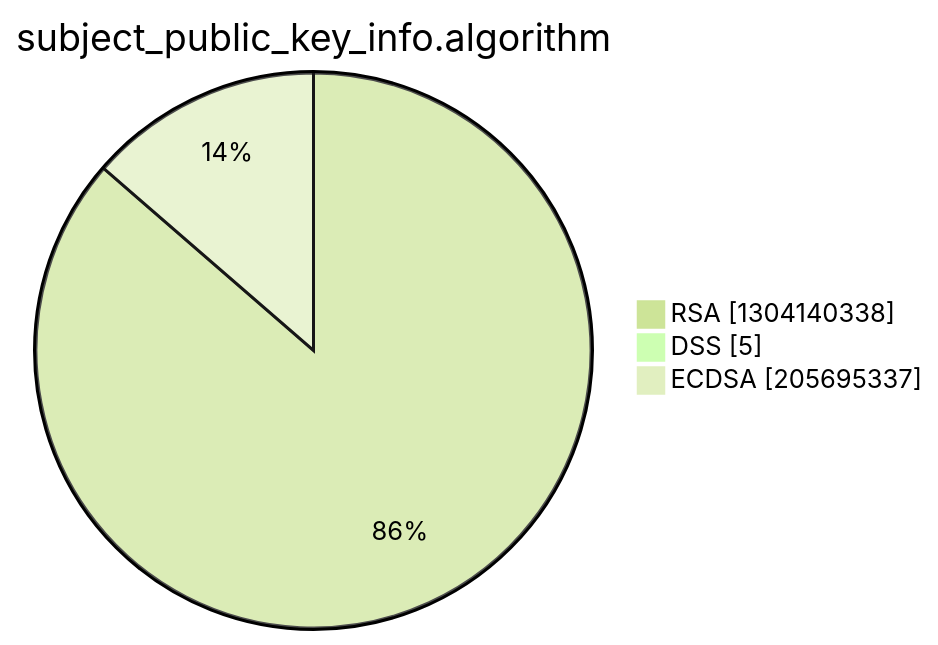
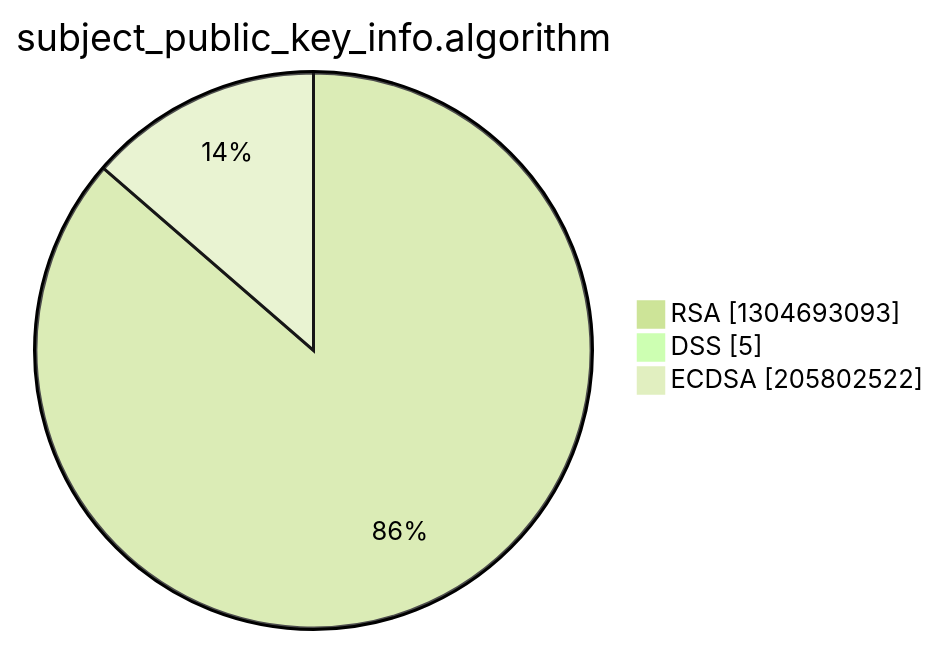
Before and after one commit to christiankrug/ctmonitor_visualization: the third of 15 diagrams in argon2022/README.md, drawn with Mermaid (forest theme). The commit also changed other lines of this file, not shown here.

````diff
--- a/argon2022/README.md
+++ b/argon2022/README.md
@@ -14,7 +14,7 @@
 ```mermaid
 pie showData
 title subject_public_key_info.algorithm
-"RSA" :1304140338
+"RSA" :1304693093
 "DSS" :5
-"ECDSA" :205695337
+"ECDSA" :205802522
 ```
````
